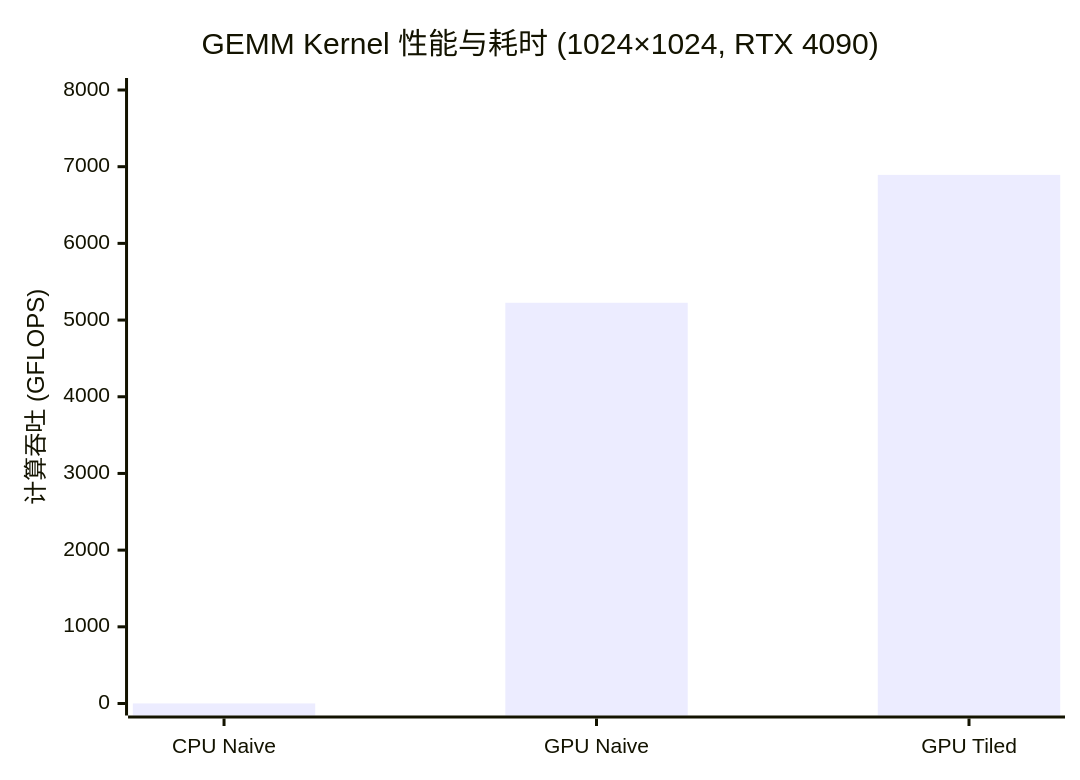
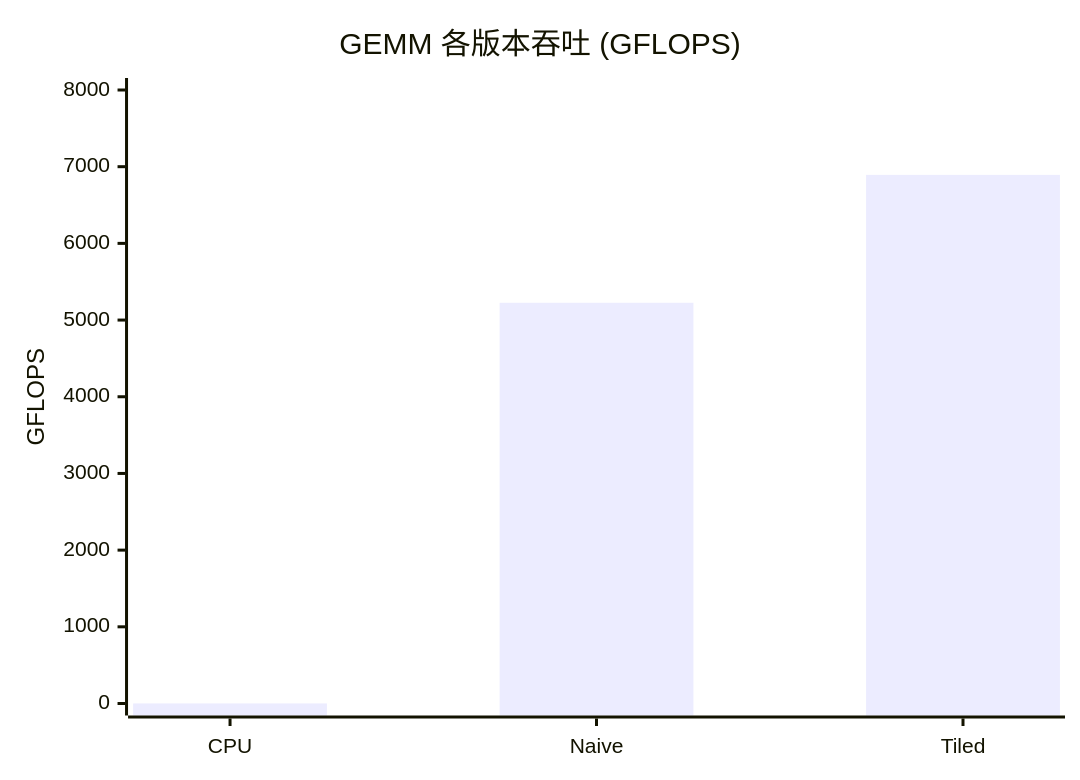
One commit to psmarter/CUDA-Practice changed the third of 3 diagrams in Blogs/01_Basics_Concepts_and_Tiling.md. Above: the diagram before and after it, drawn with Mermaid. The commit also changed other lines of this file and 28 other files, not shown here.

````diff
--- a/Blogs/01_Basics_Concepts_and_Tiling.md
+++ b/Blogs/01_Basics_Concepts_and_Tiling.md
@@ -230,7 +208,7 @@
 ```mermaid
 xychart-beta
-  title "GEMM Kernel 性能与耗时 (1024×1024, RTX 4090)"
-  x-axis ["CPU Naive", "GPU Naive", "GPU Tiled"]
-  y-axis "计算吞吐 (GFLOPS)" 0 --> 8000
+  title "GEMM 各版本吞吐 (GFLOPS)"
+  x-axis ["CPU", "Naive", "Tiled"]
+  y-axis "GFLOPS" 0 --> 8000
   bar [1.03, 5225.65, 6893.42]
 ```
````
